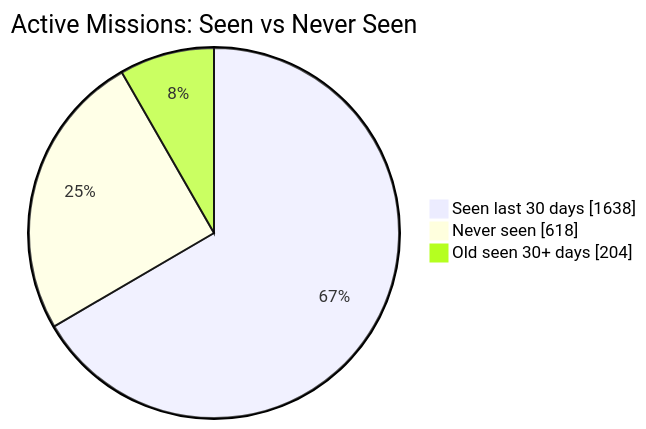
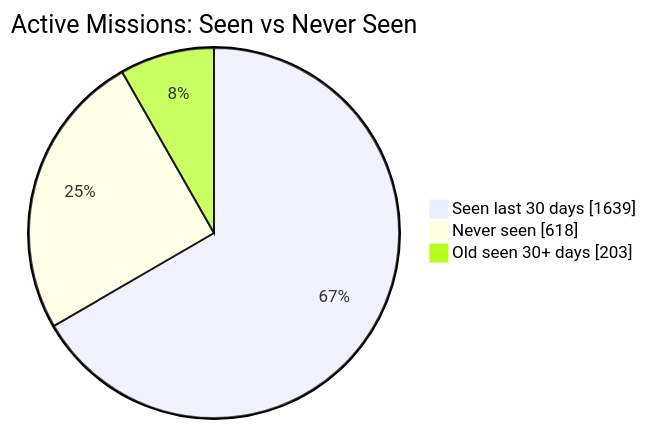
The first of 2 diagrams in README.md (MeldkamerspelGameTeam/active-missions), drawn with Mermaid before and after one commit. The commit also changed other lines of this file and 3 other files, not shown here.

````diff
--- a/README.md
+++ b/README.md
@@ -34,7 +34,7 @@
 ```mermaid
 pie showData
     title Active Missions: Seen vs Never Seen
-    "Seen last 30 days" : 1638
+    "Seen last 30 days" : 1639
     "Never seen" : 618
-    "Old seen 30+ days" : 204
+    "Old seen 30+ days" : 203
 ```
````
